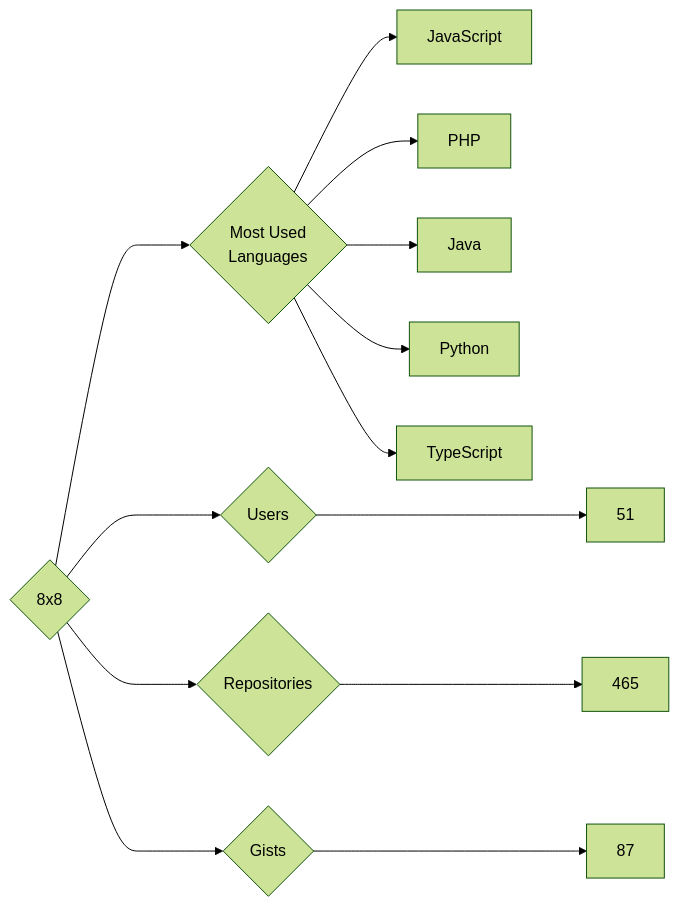
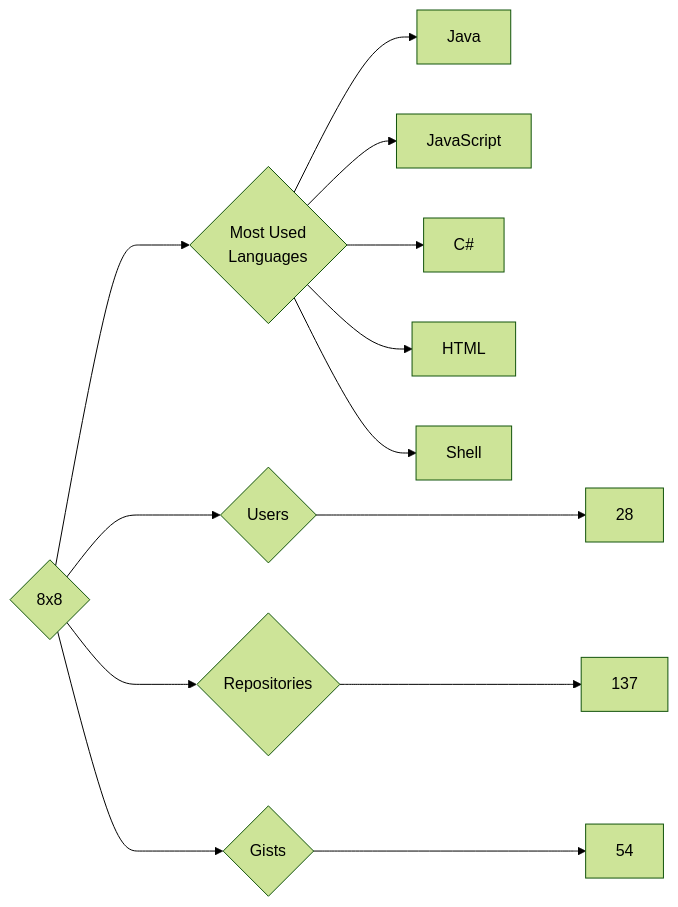
The diagram in targets/8x8/README.md (trickest/insiders), drawn with Mermaid (forest theme) before and after one commit. The commit also changed 951 other files, not shown here.

````diff
--- a/targets/8x8/README.md
+++ b/targets/8x8/README.md
@@ -3,13 +3,13 @@
 ```mermaid
 graph LR
 COMPANY_NAME{8x8}
-COMPANY_NAME ---> U{Users} ---> UN[51]
-COMPANY_NAME ---> R{Repositories} ---> RN[465]
-COMPANY_NAME ---> G{Gists} ---> GN[87]
+COMPANY_NAME ---> U{Users} ---> UN[28]
+COMPANY_NAME ---> R{Repositories} ---> RN[137]
+COMPANY_NAME ---> G{Gists} ---> GN[54]
 COMPANY_NAME ---> ML{Most Used<br>Languages}
+ML --> Java[Java]
 ML --> JavaScript[JavaScript]
-ML --> PHP[PHP]
-ML --> Java[Java]
-ML --> Python[Python]
-ML --> TypeScript[TypeScript]
+ML --> C#[C#]
+ML --> HTML[HTML]
+ML --> Shell[Shell]
 ```
````
